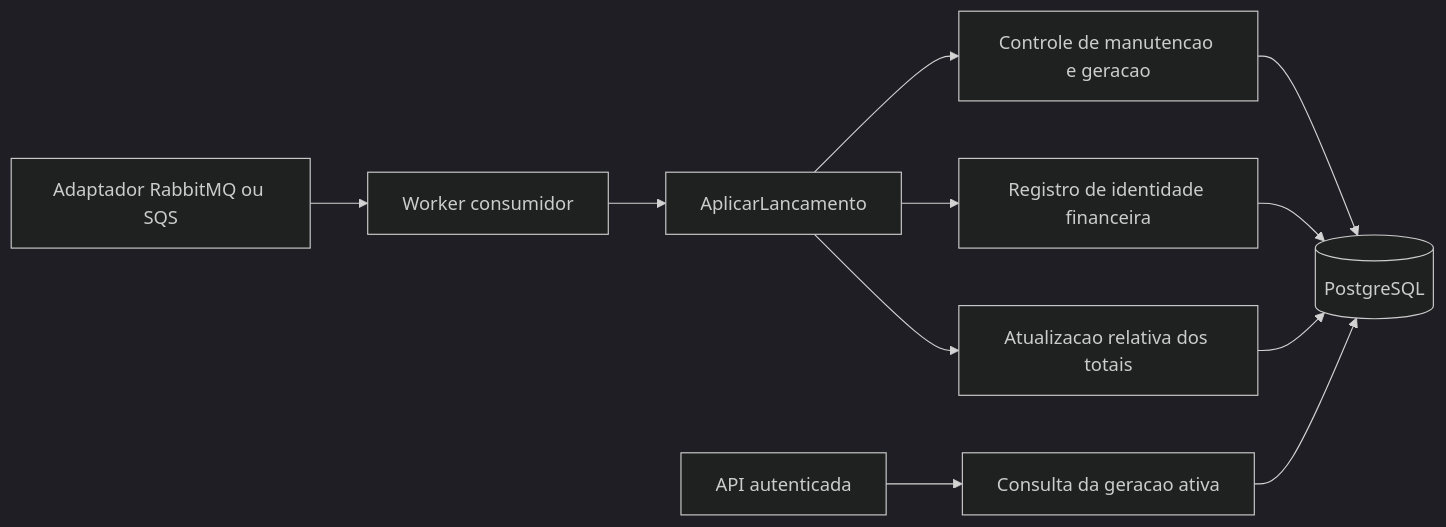
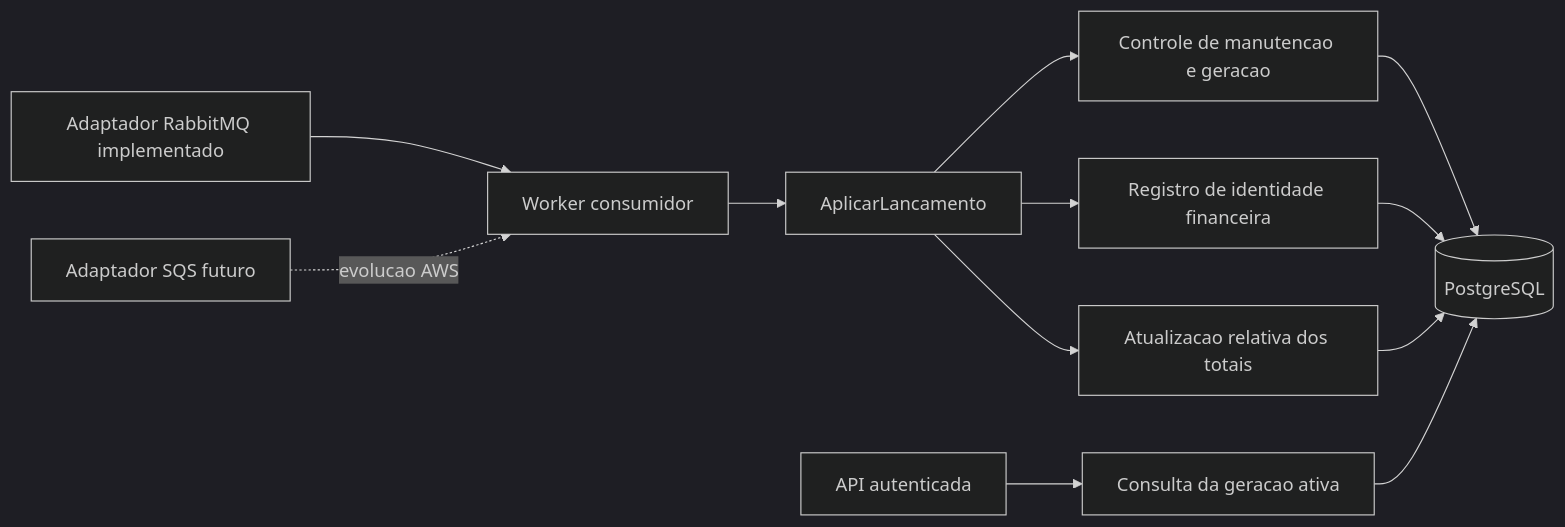
One commit to ThiagoFerraciolli/cash-flow-architecture changed the second of 2 diagrams in docs/05-arquitetura-software/c4-componentes.md. Above: the diagram before and after it, drawn with Mermaid (dark theme). The commit also changed other lines of this file, not shown here.

````diff
--- a/docs/05-arquitetura-software/c4-componentes.md
+++ b/docs/05-arquitetura-software/c4-componentes.md
@@ -29,13 +26,14 @@
 ```mermaid
 flowchart LR
-    ADP[Adaptador RabbitMQ ou SQS] --> WORK[Worker consumidor]
+    RABBIT[Adaptador RabbitMQ implementado] --> WORK[Worker consumidor]
+    SQS[Adaptador SQS futuro] -. evolucao AWS .-> WORK
     WORK --> APPLY[AplicarLancamento]
     APPLY --> CONTROL[Controle de manutencao e geracao]
     APPLY --> DEDUP[Registro de identidade financeira]
     APPLY --> SUM[Atualizacao relativa dos totais]
     CONTROL --> DB[(PostgreSQL)]
     DEDUP --> DB
     SUM --> DB
     HTTP[API autenticada] --> QUERY[Consulta da geracao ativa]
     QUERY --> DB
 ```
````
